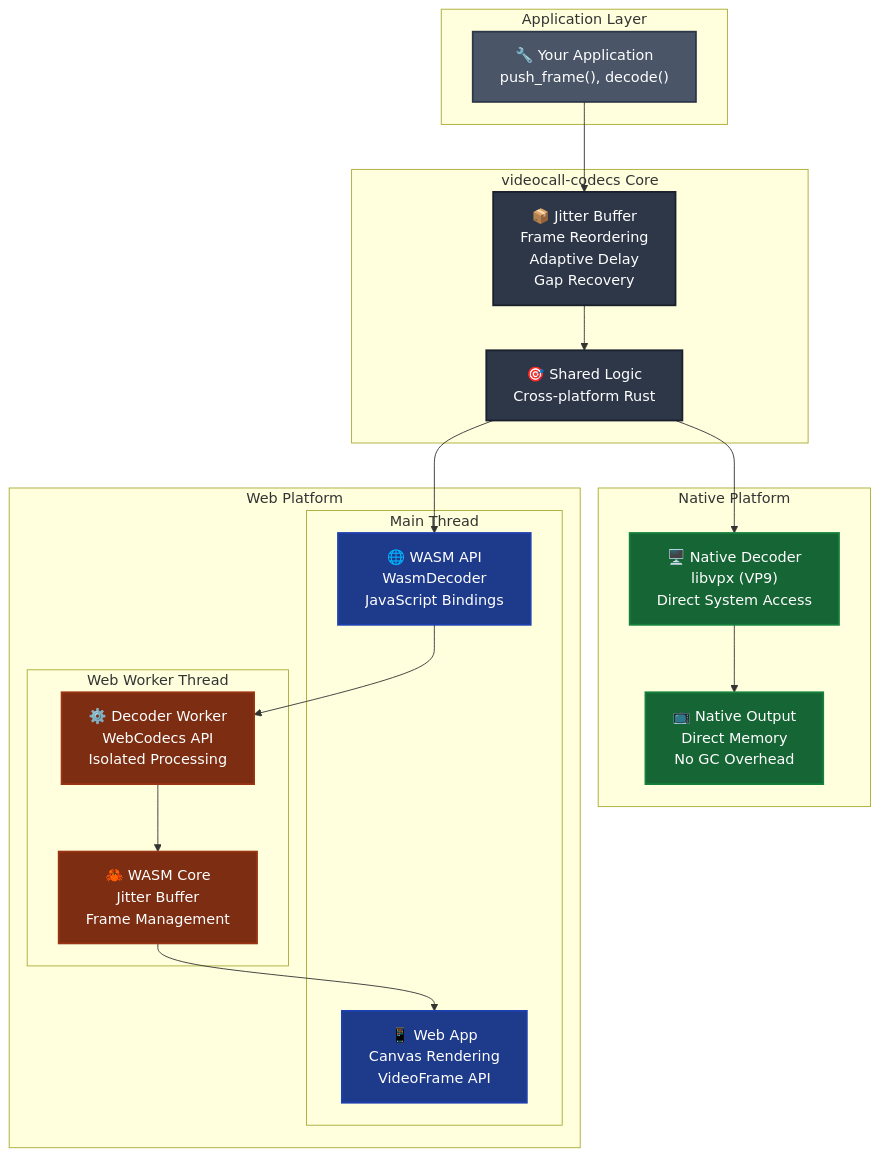
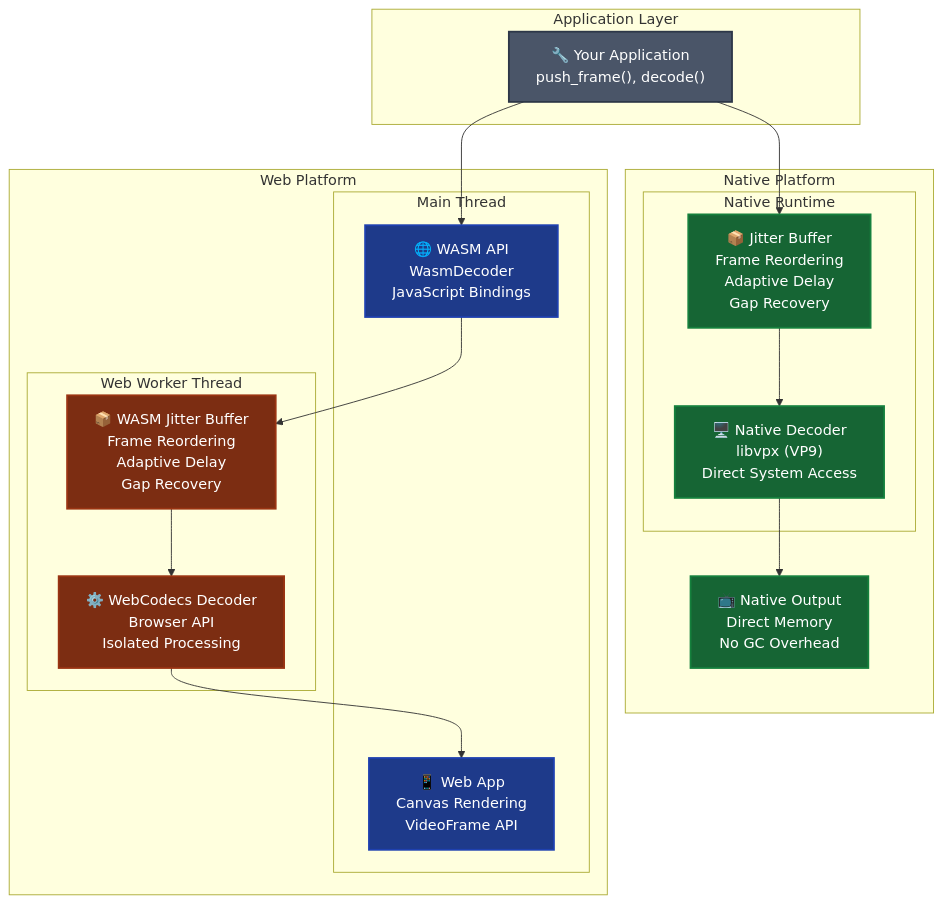
The second of 2 diagrams in videocall-codecs/README.md (security-union/videocall-rs), drawn with Mermaid before and after one commit. The commit also changed 1 other file, not shown here.

````diff
--- a/videocall-codecs/README.md
+++ b/videocall-codecs/README.md
@@ -167,51 +167,46 @@
 ```mermaid
 graph TB
     subgraph "Application Layer"
         APP["🔧 Your Application<br/>push_frame(), decode()"]
     end
     
-    subgraph "videocall-codecs Core"
-        JB["📦 Jitter Buffer<br/>Frame Reordering<br/>Adaptive Delay<br/>Gap Recovery"]
-        CORE["🎯 Shared Logic<br/>Cross-platform Rust"]
-    end
-    
     subgraph "Native Platform"
-        NATIVE_DEC["🖥️ Native Decoder<br/>libvpx (VP9)<br/>Direct System Access"]
+        subgraph "Native Runtime"
+            NATIVE_JB["📦 Jitter Buffer<br/>Frame Reordering<br/>Adaptive Delay<br/>Gap Recovery"]
+            NATIVE_DEC["🖥️ Native Decoder<br/>libvpx (VP9)<br/>Direct System Access"]
+        end
         NATIVE_OUT["📺 Native Output<br/>Direct Memory<br/>No GC Overhead"]
     end
     
     subgraph "Web Platform"
         subgraph "Main Thread"
             WASM_API["🌐 WASM API<br/>WasmDecoder<br/>JavaScript Bindings"]
             JS_APP["📱 Web App<br/>Canvas Rendering<br/>VideoFrame API"]
         end
         
         subgraph "Web Worker Thread"
-            WORKER["⚙️ Decoder Worker<br/>WebCodecs API<br/>Isolated Processing"]
-            WASM_CORE["🦀 WASM Core<br/>Jitter Buffer<br/>Frame Management"]
+            WORKER_JB["📦 WASM Jitter Buffer<br/>Frame Reordering<br/>Adaptive Delay<br/>Gap Recovery"]
+            WORKER_DEC["⚙️ WebCodecs Decoder<br/>Browser API<br/>Isolated Processing"]
         end
     end
     
-    APP --> JB
-    JB --> CORE
+    APP --> NATIVE_JB
+    APP --> WASM_API
     
-    CORE --> NATIVE_DEC
+    NATIVE_JB --> NATIVE_DEC
     NATIVE_DEC --> NATIVE_OUT
     
-    CORE --> WASM_API
-    WASM_API --> WORKER
-    WORKER --> WASM_CORE
-    WASM_CORE --> JS_APP
+    WASM_API --> WORKER_JB
+    WORKER_JB --> WORKER_DEC
+    WORKER_DEC --> JS_APP
     
     classDef appBox fill:#4A5568,stroke:#2D3748,stroke-width:2px,color:#ffffff
-    classDef coreBox fill:#2D3748,stroke:#1A202C,stroke-width:2px,color:#ffffff
     classDef nativeBox fill:#166534,stroke:#15803D,stroke-width:2px,color:#ffffff
     classDef webBox fill:#1E3A8A,stroke:#1E40AF,stroke-width:2px,color:#ffffff
     classDef workerBox fill:#7C2D12,stroke:#9A3412,stroke-width:2px,color:#ffffff
     
     class APP appBox
-    class JB,CORE coreBox
-    class NATIVE_DEC,NATIVE_OUT nativeBox
+    class NATIVE_JB,NATIVE_DEC,NATIVE_OUT nativeBox
     class WASM_API,JS_APP webBox
-    class WORKER,WASM_CORE workerBox
+    class WORKER_JB,WORKER_DEC workerBox
 ```
````
